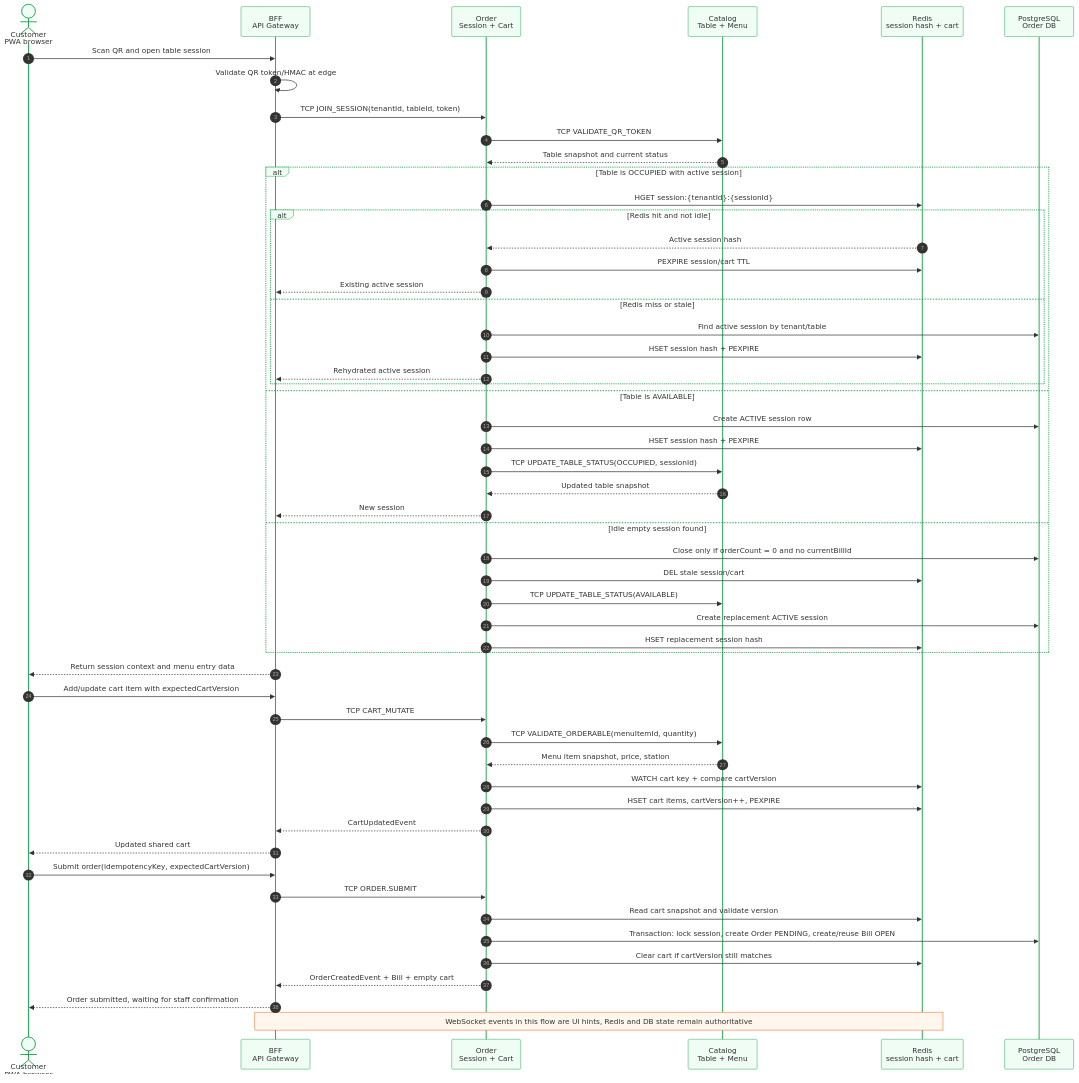
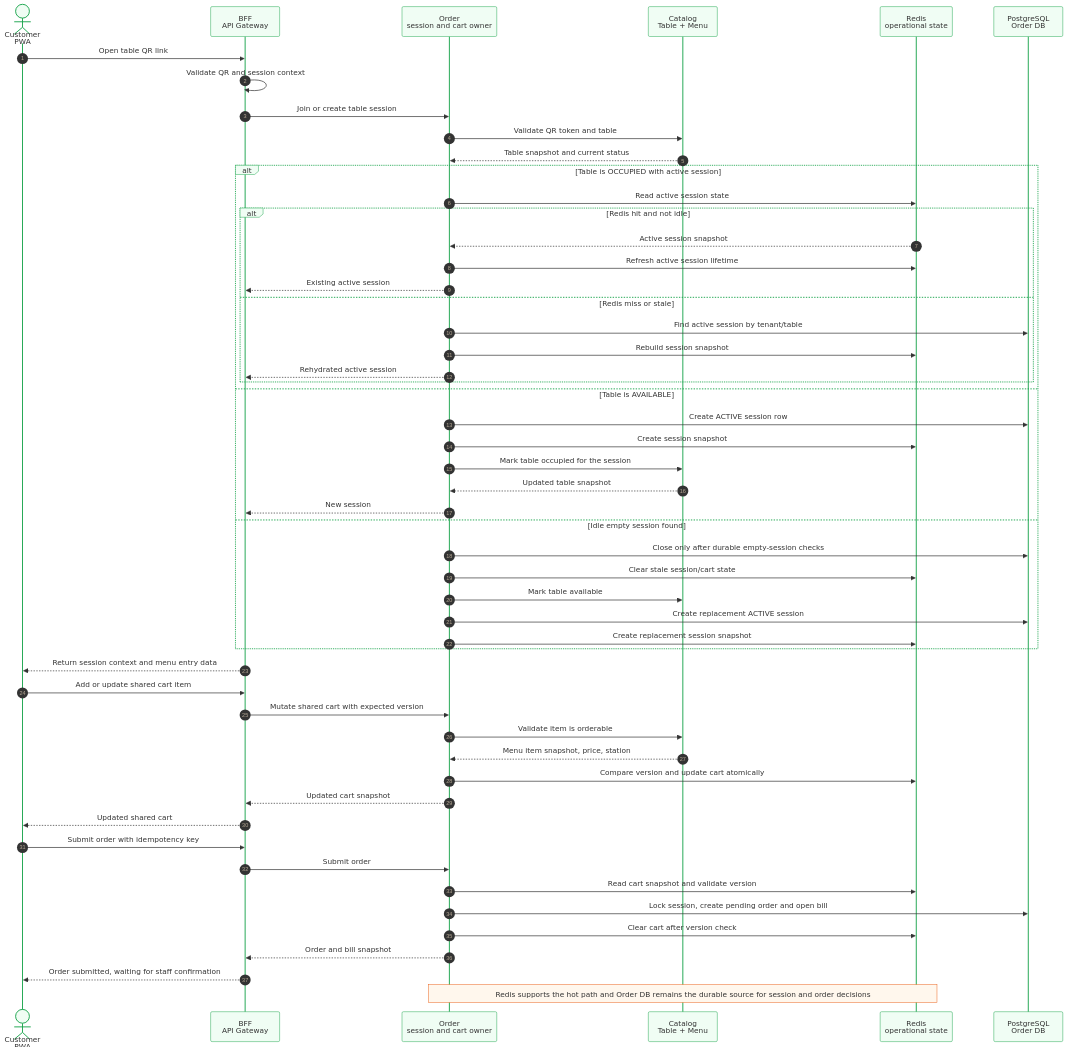
Before and after one commit to quan-vo-dinh/saas-pos-microservices-qrtable: the diagram in docs/graduation-thesis-resources/thesis-report/assets/diagrams/chapter5-qr-ordering-session.mmd, drawn with Mermaid. The commit also changed 105 other files, not shown here.

```diff
--- a/docs/graduation-thesis-resources/thesis-report/assets/diagrams/chapter5-qr-ordering-session.mmd
+++ b/docs/graduation-thesis-resources/thesis-report/assets/diagrams/chapter5-qr-ordering-session.mmd
@@ -1,60 +1,59 @@
 %%{init: {"theme": "base", "sequence": {"showSequenceNumbers": true, "actorMargin": 90, "messageMargin": 48}, "themeVariables": {"fontFamily": "Arial, sans-serif", "primaryColor": "#eef6ff", "primaryBorderColor": "#2563eb", "actorBkg": "#f0fdf4", "actorBorder": "#16a34a", "noteBkgColor": "#fff7ed", "noteBorderColor": "#ea580c", "lineColor": "#475569"}}}%%
 sequenceDiagram
   autonumber
-  actor Customer as Customer<br/>PWA browser
+  actor Customer as Customer<br/>PWA
   participant BFF as BFF<br/>API Gateway
-  participant Order as Order<br/>Session + Cart
+  participant Order as Order<br/>session and cart owner
   participant Catalog as Catalog<br/>Table + Menu
-  participant Redis as Redis<br/>session hash + cart
+  participant Redis as Redis<br/>operational state
   participant ODB as PostgreSQL<br/>Order DB
 
-  Customer->>BFF: Scan QR and open table session
-  BFF->>BFF: Validate QR token/HMAC at edge
-  BFF->>Order: TCP JOIN_SESSION(tenantId, tableId, token)
-  Order->>Catalog: TCP VALIDATE_QR_TOKEN
+  Customer->>BFF: Open table QR link
+  BFF->>BFF: Validate QR and session context
+  BFF->>Order: Join or create table session
+  Order->>Catalog: Validate QR token and table
   Catalog-->>Order: Table snapshot and current status
 
   alt Table is OCCUPIED with active session
-    Order->>Redis: HGET session:{tenantId}:{sessionId}
+    Order->>Redis: Read active session state
     alt Redis hit and not idle
-      Redis-->>Order: Active session hash
-      Order->>Redis: PEXPIRE session/cart TTL
+      Redis-->>Order: Active session snapshot
+      Order->>Redis: Refresh active session lifetime
       Order-->>BFF: Existing active session
     else Redis miss or stale
       Order->>ODB: Find active session by tenant/table
-      Order->>Redis: HSET session hash + PEXPIRE
+      Order->>Redis: Rebuild session snapshot
       Order-->>BFF: Rehydrated active session
     end
   else Table is AVAILABLE
     Order->>ODB: Create ACTIVE session row
-    Order->>Redis: HSET session hash + PEXPIRE
-    Order->>Catalog: TCP UPDATE_TABLE_STATUS(OCCUPIED, sessionId)
+    Order->>Redis: Create session snapshot
+    Order->>Catalog: Mark table occupied for the session
     Catalog-->>Order: Updated table snapshot
     Order-->>BFF: New session
   else Idle empty session found
-    Order->>ODB: Close only if orderCount = 0 and no currentBillId
-    Order->>Redis: DEL stale session/cart
-    Order->>Catalog: TCP UPDATE_TABLE_STATUS(AVAILABLE)
+    Order->>ODB: Close only after durable empty-session checks
+    Order->>Redis: Clear stale session/cart state
+    Order->>Catalog: Mark table available
     Order->>ODB: Create replacement ACTIVE session
-    Order->>Redis: HSET replacement session hash
+    Order->>Redis: Create replacement session snapshot
   end
 
   BFF-->>Customer: Return session context and menu entry data
-  Customer->>BFF: Add/update cart item with expectedCartVersion
-  BFF->>Order: TCP CART_MUTATE
-  Order->>Catalog: TCP VALIDATE_ORDERABLE(menuItemId, quantity)
+  Customer->>BFF: Add or update shared cart item
+  BFF->>Order: Mutate shared cart with expected version
+  Order->>Catalog: Validate item is orderable
   Catalog-->>Order: Menu item snapshot, price, station
-  Order->>Redis: WATCH cart key + compare cartVersion
-  Order->>Redis: HSET cart items, cartVersion++, PEXPIRE
-  Order-->>BFF: CartUpdatedEvent
+  Order->>Redis: Compare version and update cart atomically
+  Order-->>BFF: Updated cart snapshot
   BFF-->>Customer: Updated shared cart
 
-  Customer->>BFF: Submit order(idempotencyKey, expectedCartVersion)
-  BFF->>Order: TCP ORDER.SUBMIT
+  Customer->>BFF: Submit order with idempotency key
+  BFF->>Order: Submit order
   Order->>Redis: Read cart snapshot and validate version
-  Order->>ODB: Transaction: lock session, create Order PENDING, create/reuse Bill OPEN
-  Order->>Redis: Clear cart if cartVersion still matches
-  Order-->>BFF: OrderCreatedEvent + Bill + empty cart
+  Order->>ODB: Lock session, create pending order and open bill
+  Order->>Redis: Clear cart after version check
+  Order-->>BFF: Order and bill snapshot
   BFF-->>Customer: Order submitted, waiting for staff confirmation
 
-  Note over BFF,Redis: WebSocket events in this flow are UI hints, Redis and DB state remain authoritative
+  Note over Order,Redis: Redis supports the hot path and Order DB remains the durable source for session and order decisions
```
